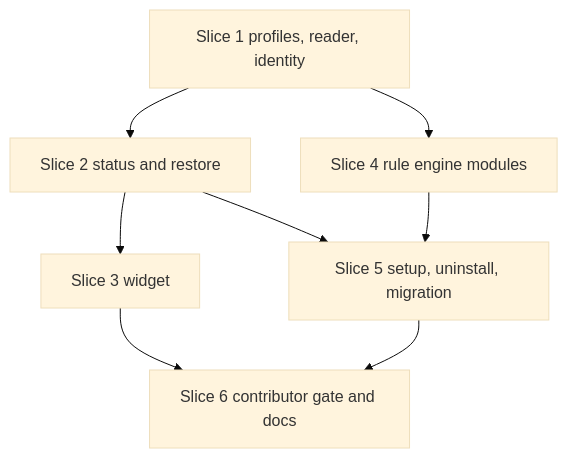
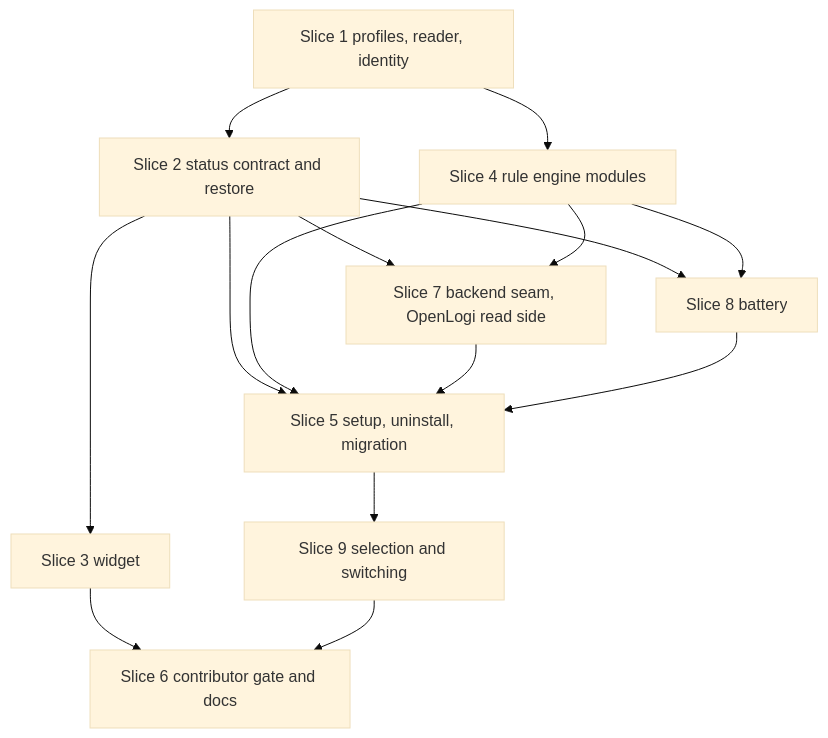
Before and after one commit to poornan/omarchy-pop-icon-keys: the diagram in plans/logitech-keys-profiles.md, drawn with Mermaid (base theme). The commit also changed other lines of this file and 9 other files, not shown here.

First line of the commit message:
Extend the plan for the swappable backend, battery and MacOS mode

````diff
--- a/plans/logitech-keys-profiles.md
+++ b/plans/logitech-keys-profiles.md
@@ -1588,10 +2492,17 @@
 ```mermaid
 graph TD
-  S1[Slice 1 profiles, reader, identity] --> S2[Slice 2 status and restore]
+  S1[Slice 1 profiles, reader, identity] --> S2[Slice 2 status contract and restore]
   S1 --> S4[Slice 4 rule engine modules]
   S2 --> S3[Slice 3 widget]
+  S2 --> S7[Slice 7 backend seam, OpenLogi read side]
+  S4 --> S7
+  S2 --> S8[Slice 8 battery]
+  S4 --> S8
   S2 --> S5[Slice 5 setup, uninstall, migration]
   S4 --> S5
+  S7 --> S5
+  S8 --> S5
+  S5 --> S9[Slice 9 selection and switching]
   S3 --> S6[Slice 6 contributor gate and docs]
-  S5 --> S6
+  S9 --> S6
 ```
````
